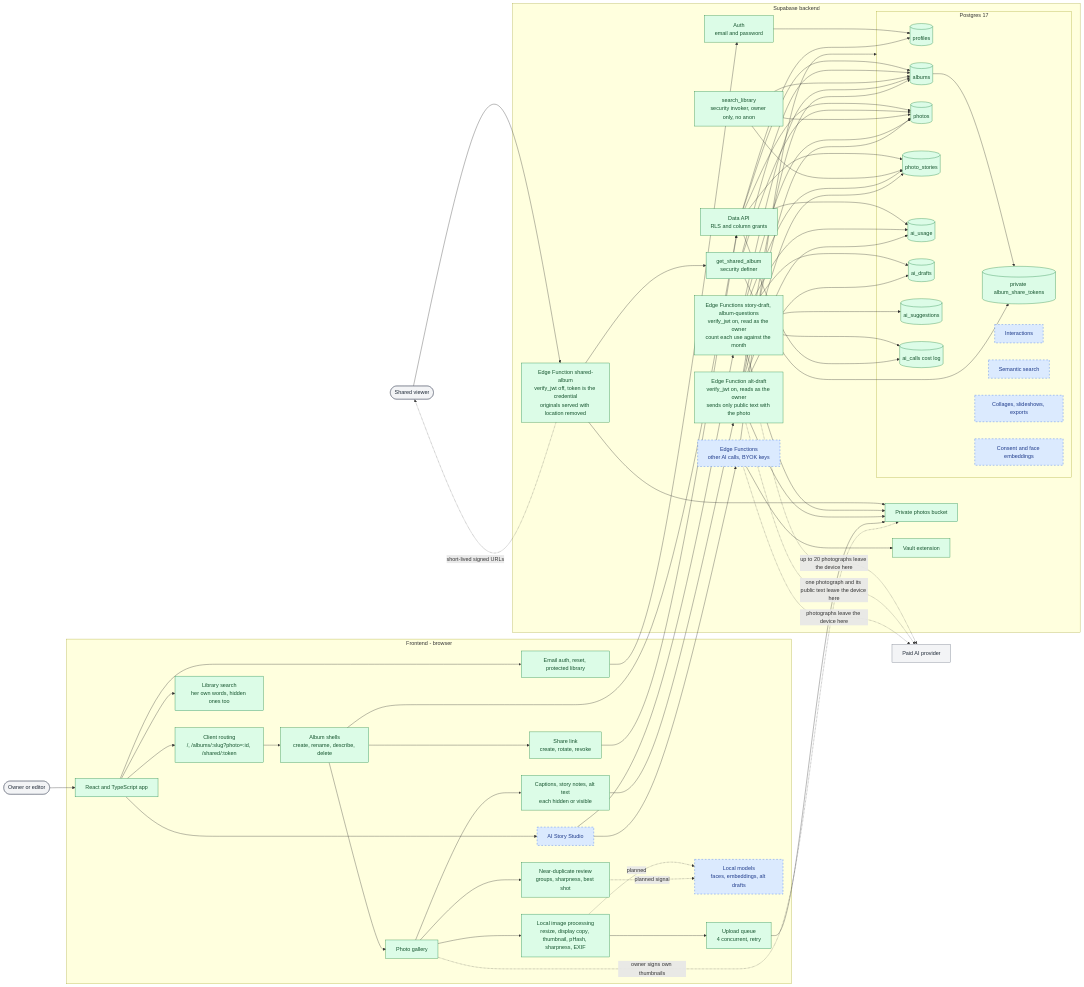
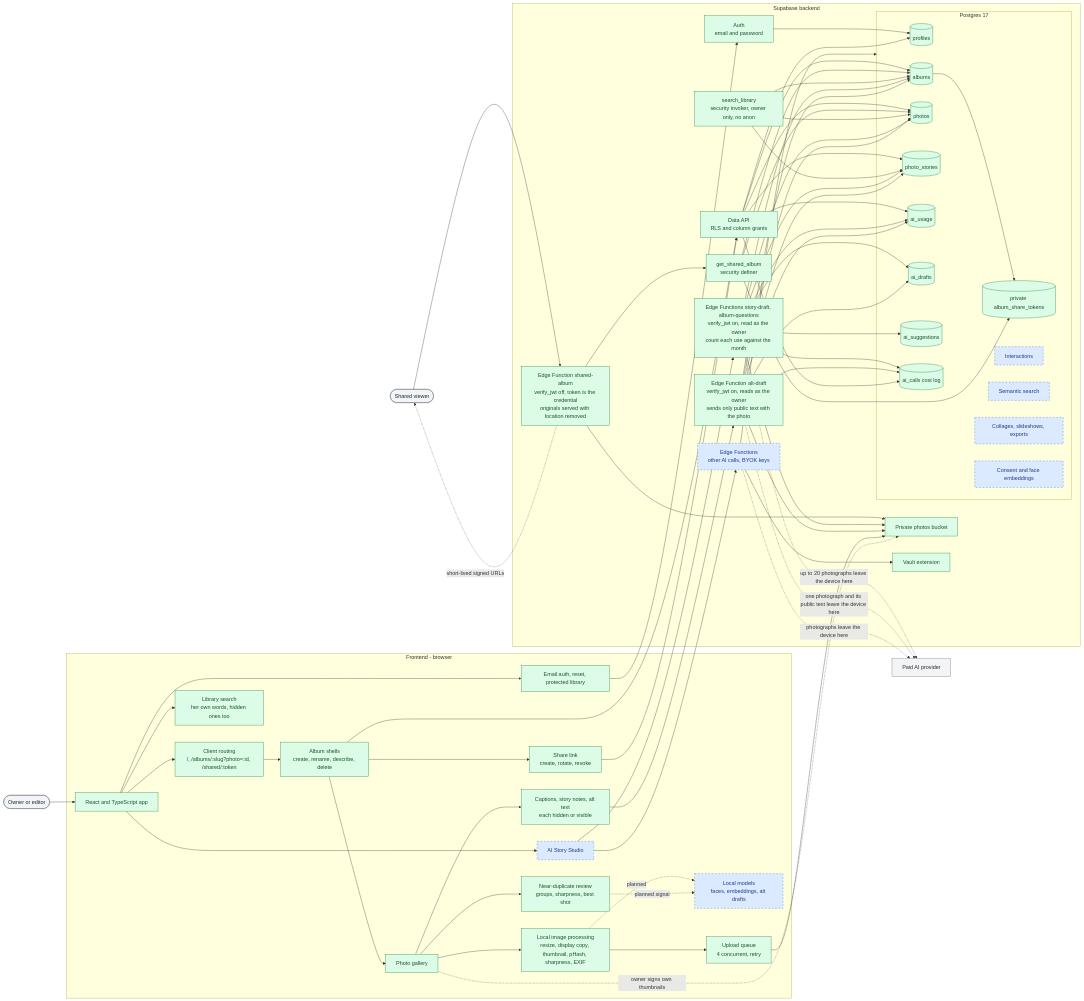
The first of 3 diagrams in docs/project-structure.md (Elizabeth1979/albums-studio), drawn with Mermaid before and after one commit. The commit also changed 6 other files, not shown here.

```diff
--- a/docs/project-structure.md
+++ b/docs/project-structure.md
@@ -119,7 +119,7 @@
         EdgeShare --> Storage
         EdgeStory --> Albums & Photos & Stories & Drafts & Questions & Usage & Calls
         EdgeStory --> Storage
-        EdgeAlt --> Albums & Photos & Stories & Drafts & Usage
+        EdgeAlt --> Albums & Photos & Stories & Drafts & Usage & Calls
         EdgeAlt --> Storage
         DataAPI --> Calls
         EdgeAI --> Database
```
